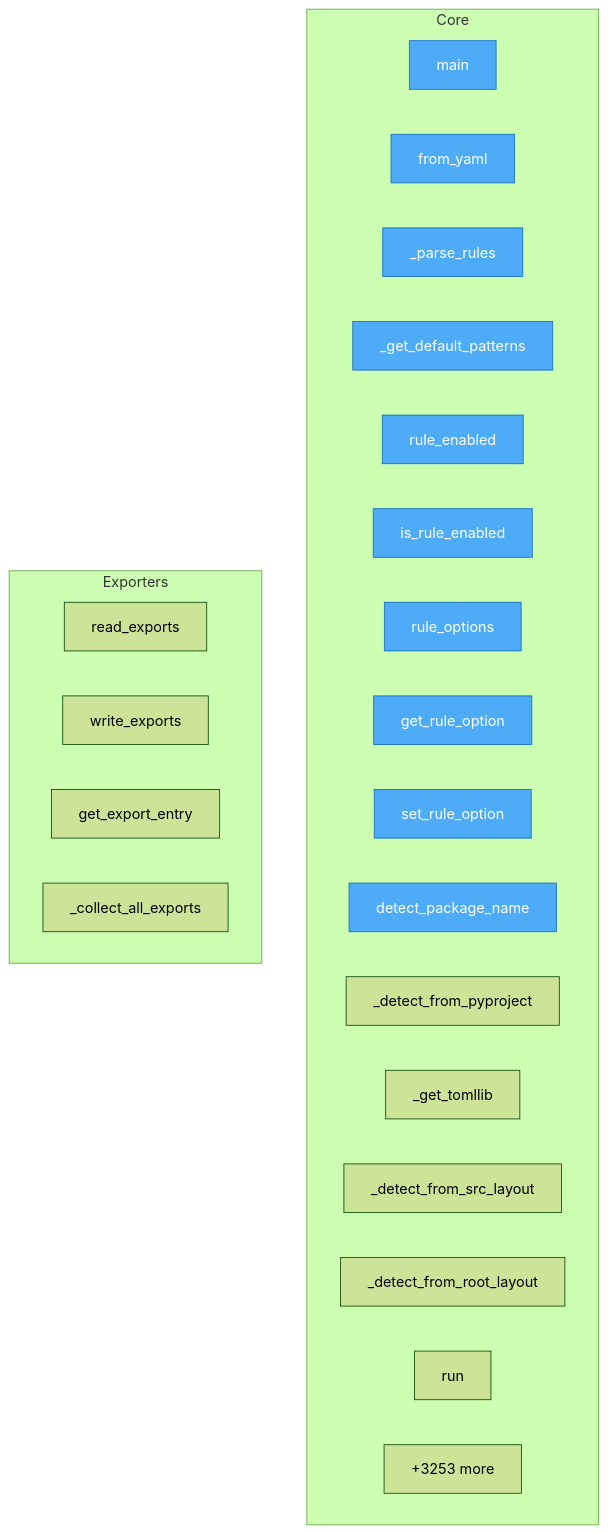
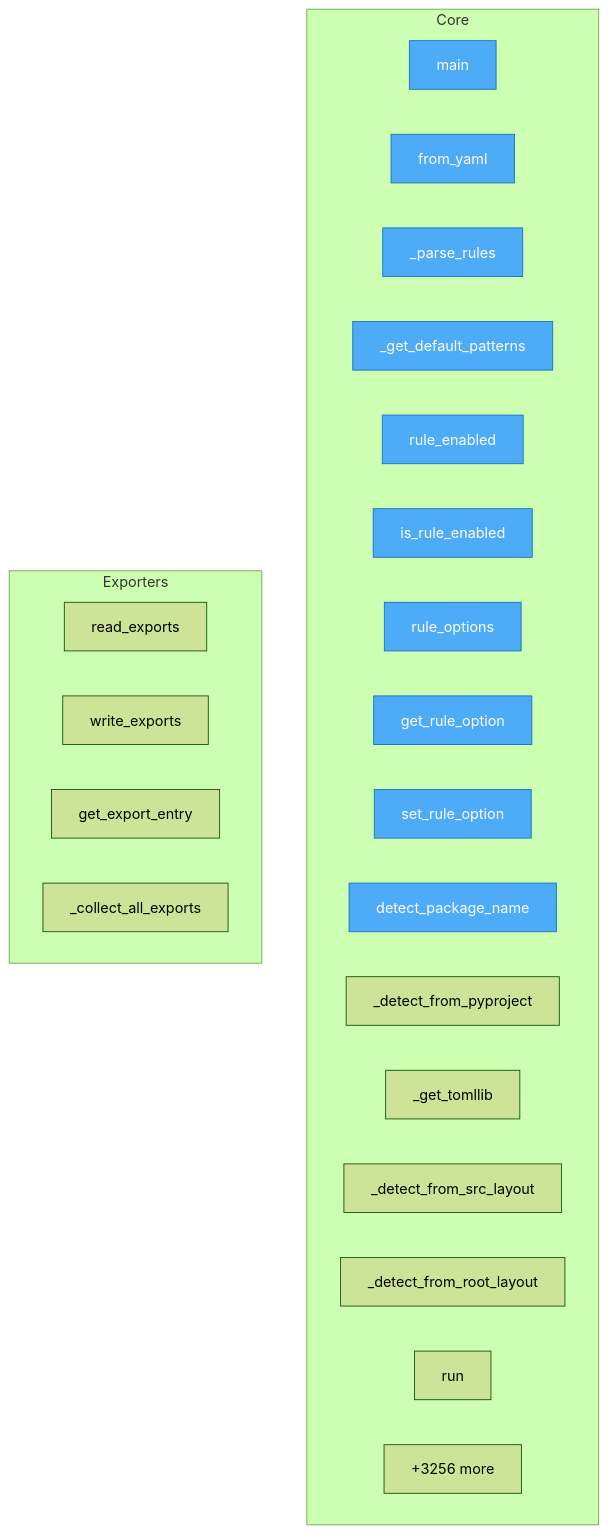
The diagram in project/flow.mmd (semcod/prefact), drawn with Mermaid (forest theme) before and after one commit. The commit also changed 21 other files, not shown here.

```diff
--- a/project/flow.mmd
+++ b/project/flow.mmd
@@ -1,32 +1,32 @@
 flowchart TD
 
     %% Entry points (blue)
     classDef entry fill:#4dabf7,stroke:#1971c2,color:#fff
 
     subgraph Core
         benchmark_ram_optimization__main["main"]
         src__prefact__config__Config__from_yaml["from_yaml"]
         src__prefact__config__Config___parse_rules["_parse_rules"]
         src__prefact__config__Config___get_default_patterns["_get_default_patterns"]
         src__prefact__config__Config__rule_enabled["rule_enabled"]
         src__prefact__config__Config__is_rule_enabled["is_rule_enabled"]
         src__prefact__config__Config__rule_options["rule_options"]
         src__prefact__config__Config__get_rule_option["get_rule_option"]
         src__prefact__config__Config__set_rule_option["set_rule_option"]
         src__prefact__config__Config__detect_package_name["detect_package_name"]
         src__prefact__config__Config___detect_from_pyproject["_detect_from_pyproject"]
         src__prefact__config__Config___get_tomllib["_get_tomllib"]
         src__prefact__config__Config___detect_from_src_layout["_detect_from_src_layout"]
         src__prefact__config__Config___detect_from_root_layout["_detect_from_root_layout"]
         src__prefact__engine__RefactoringEngine__run["run"]
-        ...["+3253 more"]
+        ...["+3256 more"]
     end
 
     subgraph Exporters
         project__map__toon__read_exports["read_exports"]
         project__map__toon__write_exports["write_exports"]
         project__map__toon__get_export_entry["get_export_entry"]
         project__map__toon___collect_all_exports["_collect_all_exports"]
     end
 
     class benchmark_ram_optimization__main,src__prefact__config__Config__from_yaml,src__prefact__config__Config___parse_rules,src__prefact__config__Config___get_default_patterns,src__prefact__config__Config__rule_enabled,src__prefact__config__Config__is_rule_enabled,src__prefact__config__Config__rule_options,src__prefact__config__Config__get_rule_option,src__prefact__config__Config__set_rule_option,src__prefact__config__Config__detect_package_name entry
```
